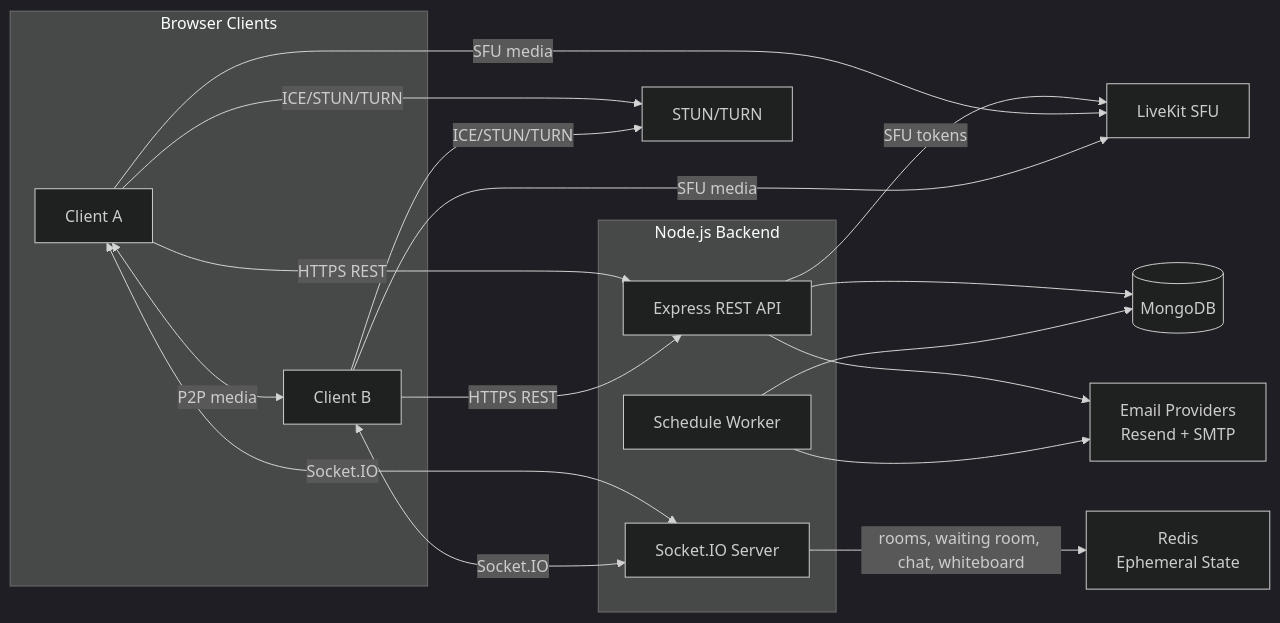
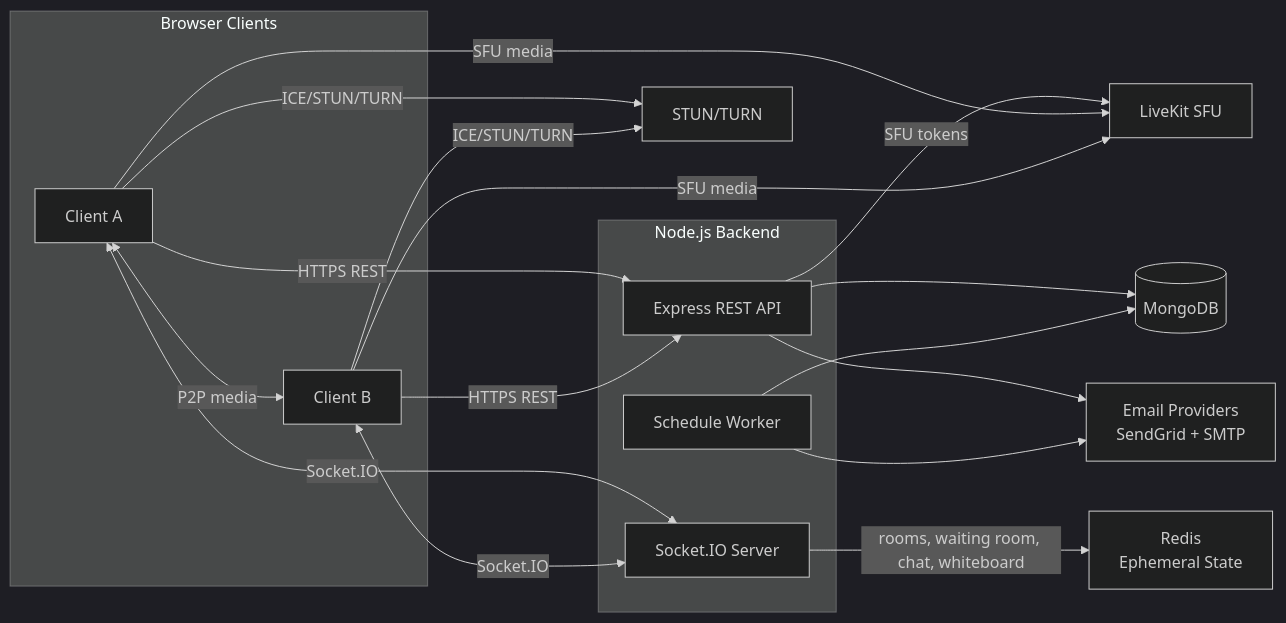
The first of 2 diagrams in README.md (MANANPATEL7310/ConvoX), drawn with Mermaid (dark theme) before and after one commit. The commit also changed other lines of this file, not shown here.

Commit message:
update readme based on mail sender library

````diff
--- a/README.md
+++ b/README.md
@@ -57,38 +57,38 @@
 ```mermaid
 flowchart LR
   subgraph Clients["Browser Clients"]
     A[Client A]
     B[Client B]
   end
 
   subgraph Backend["Node.js Backend"]
     API["Express REST API"]
     Socket["Socket.IO Server"]
     Worker["Schedule Worker"]
   end
 
   DB[(MongoDB)]
   REDIS["Redis<br/>Ephemeral State"]
-  MAIL["Email Providers<br/>Resend + SMTP"]
+  MAIL["Email Providers<br/>SendGrid + SMTP"]
   SFU["LiveKit SFU"]
   TURN["STUN/TURN"]
 
   A -->|HTTPS REST| API
   B -->|HTTPS REST| API
   A <-->|Socket.IO| Socket
   B <-->|Socket.IO| Socket
 
   A <-->|P2P media| B
   A -->|ICE/STUN/TURN| TURN
   B -->|ICE/STUN/TURN| TURN
 
   API -->|SFU tokens| SFU
   A -->|SFU media| SFU
   B -->|SFU media| SFU
 
   API --> DB
   API --> MAIL
   Socket -->|rooms, waiting room, chat, whiteboard| REDIS
   Worker --> DB
   Worker --> MAIL
 ```
````
